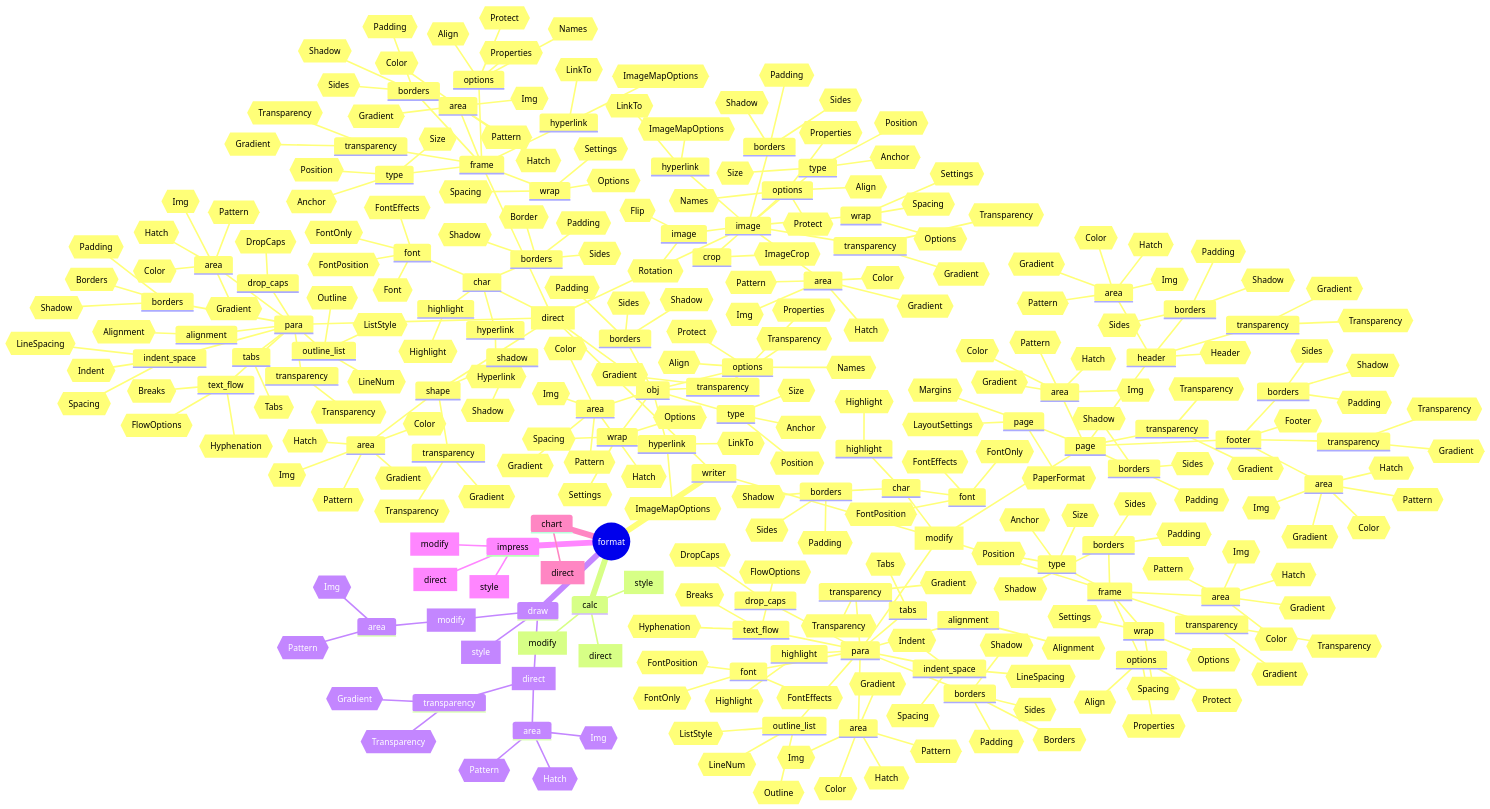
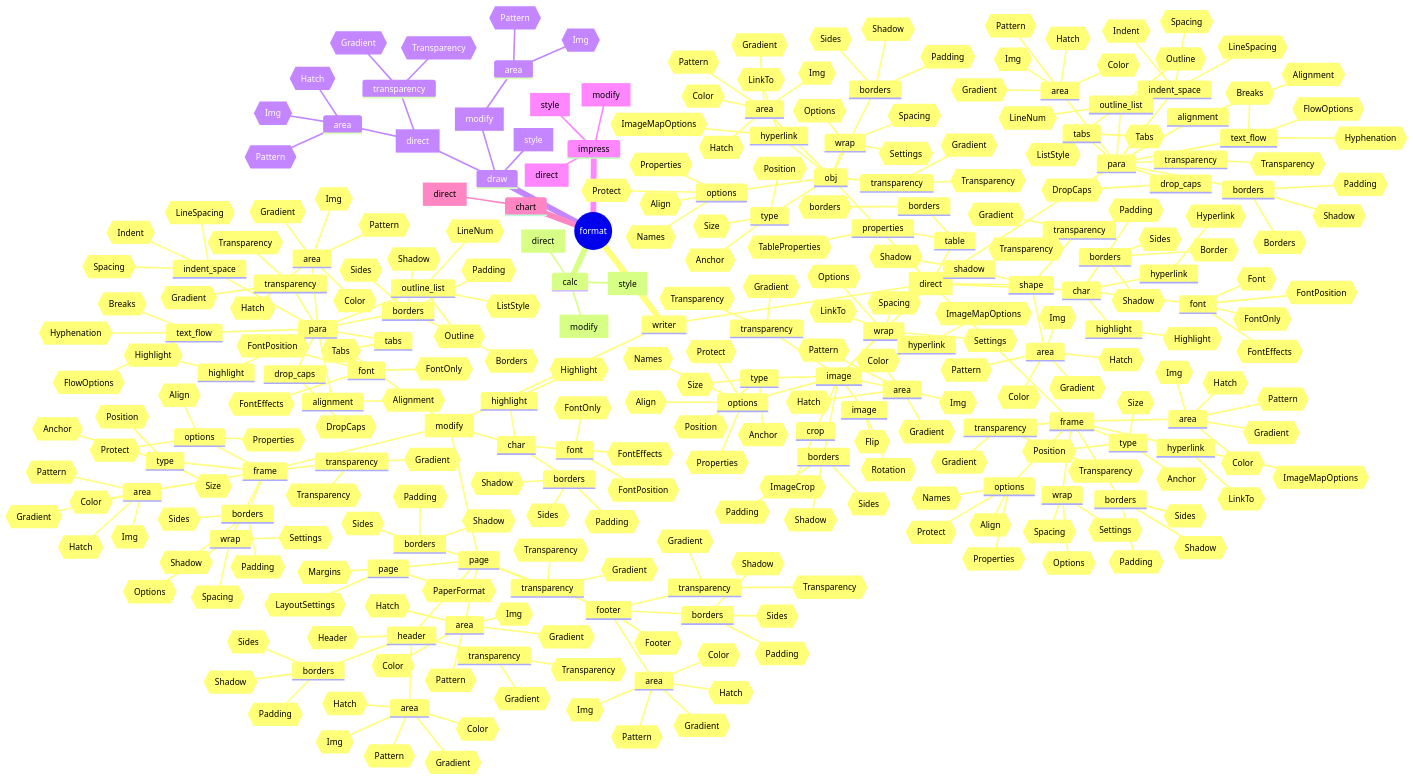
One commit to Amourspirit/python_ooo_dev_tools changed the diagram in ooodev/format/readme.md. Above: the diagram before and after it, drawn with Mermaid. The commit also changed 12 other files, not shown here.

Commit message:
format write direct table borders

```diff
--- a/ooodev/format/readme.md
+++ b/ooodev/format/readme.md
@@ -160,6 +160,11 @@
                     transparency
                         id{{Gradient}}
                         id{{Transparency}}
+                table
+                    properties
+                        id{{TableProperties}}
+                    borders
+                        id{{borders}}
             [modify]
                 page
                     page
```
